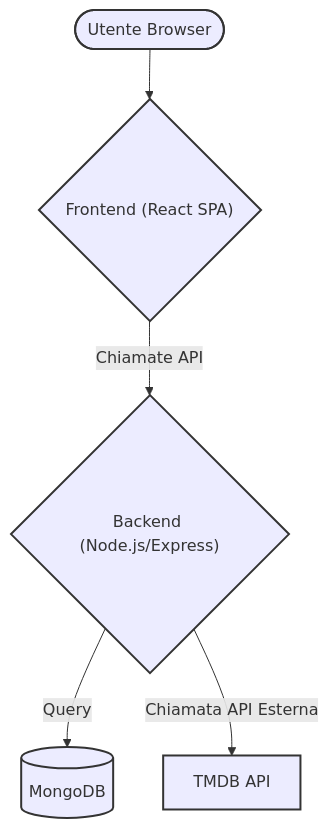
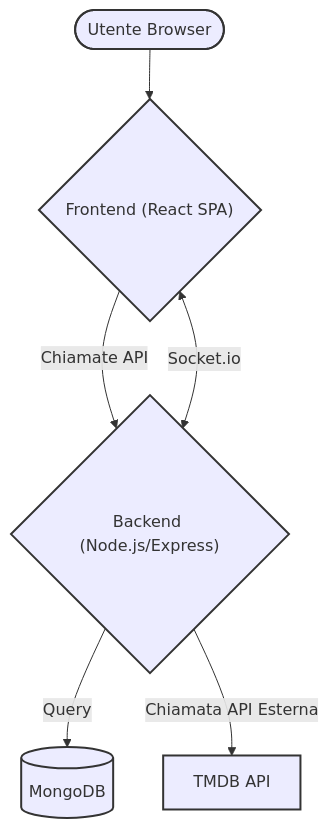
The third of 3 diagrams in docs/relazione.md (Vinjacko/LoHobbies), drawn with Mermaid before and after one commit. The commit also changed other lines of this file, not shown here.

````diff
--- a/docs/relazione.md
+++ b/docs/relazione.md
@@ -169,13 +201,14 @@
 ```mermaid
 graph TD
     User([Utente Browser]) --> Frontend{"Frontend (React SPA)"};
     Frontend -->|Chiamate API| Backend{"Backend (Node.js/Express)"};
     Backend -->|Query| Database[(MongoDB)];
     Backend -->|Chiamata API Esterna| ExternalAPI[TMDB API];
+    Frontend <-->|Socket.io| Backend;
 
     style User fill:#,stroke:#333,stroke-width:2px;
     style Frontend fill:#,stroke:#333,stroke-width:2px;
     style Backend fill:#,stroke:#333,stroke-width:2px;
     style Database fill:#,stroke:#333,stroke-width:2px;
     style ExternalAPI fill:#,stroke:#333,stroke-width:2px;
 ```
````
